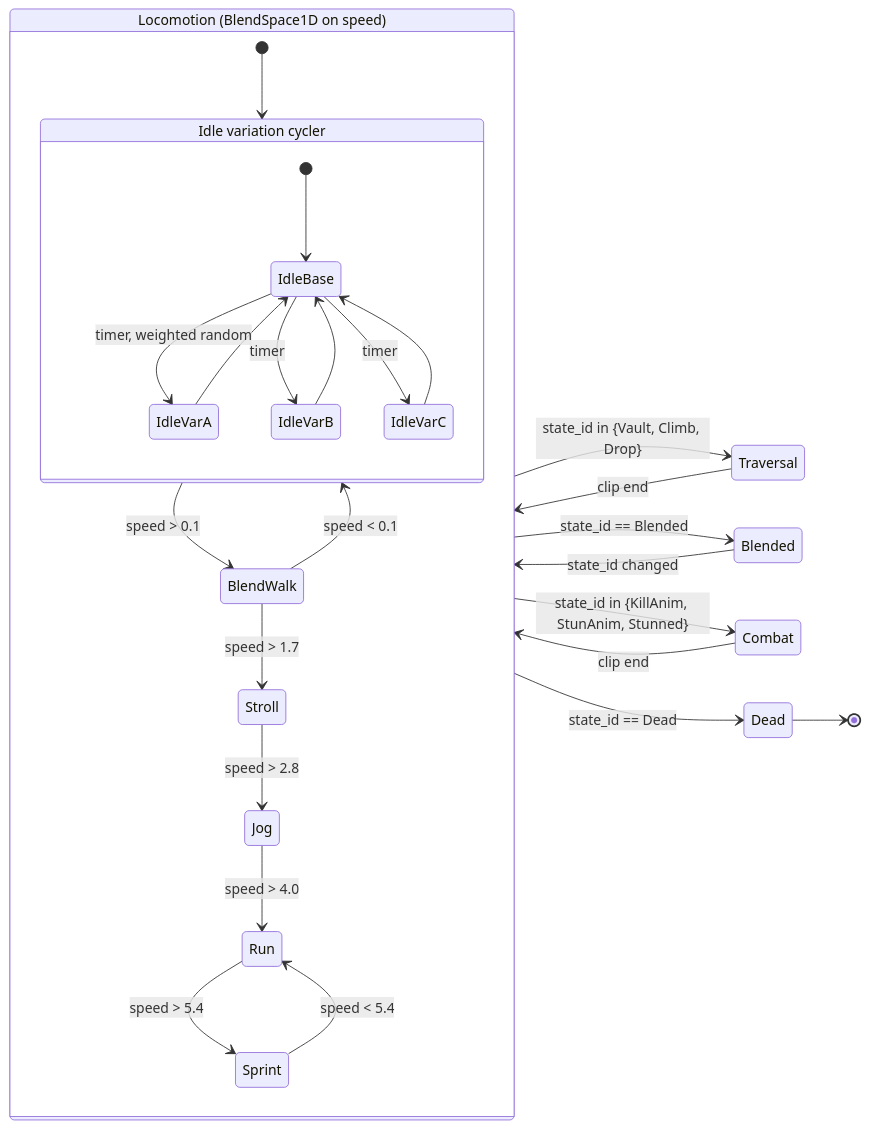
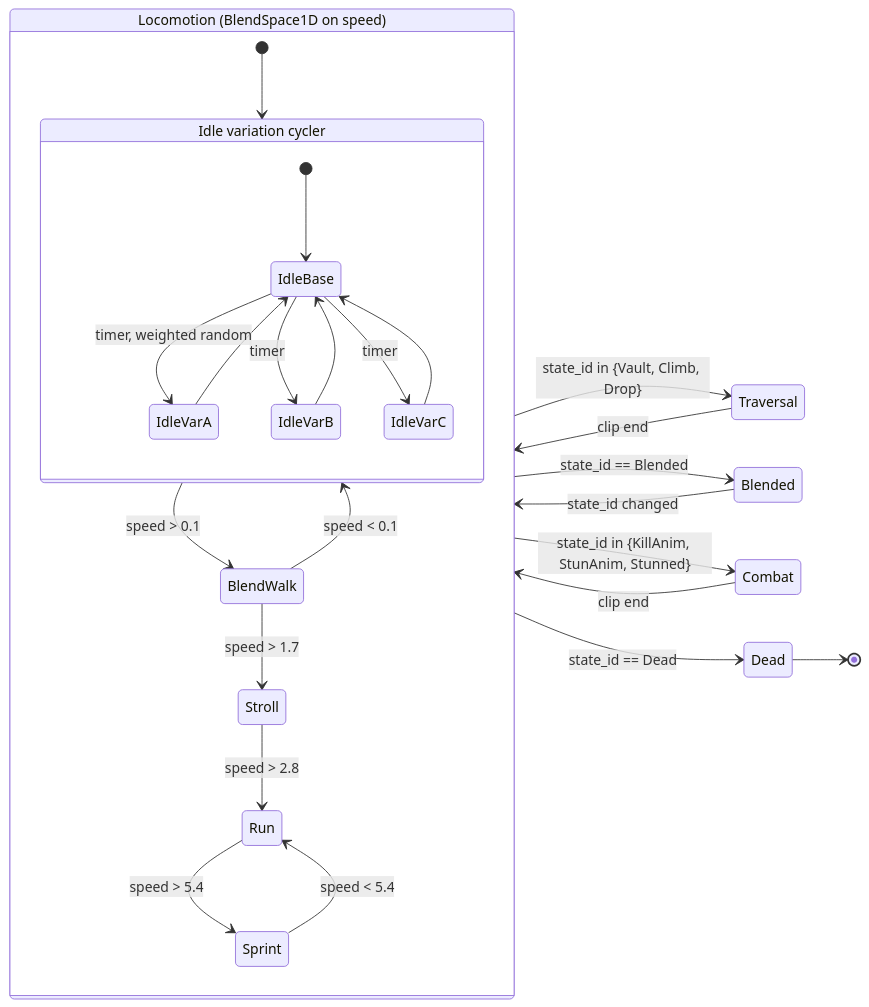
One commit to filipstanicak/project-sottovoce changed the diagram in docs/30_bible/ANIMATION_SPEC.md. Above: the diagram before and after it, drawn with Mermaid. The commit also changed other lines of this file and 65 other files, not shown here.

First line of the commit message:
feat(pawn): the ladder loses its Jog rung, and Shift resolves into Run or Sprint (#52)

````diff
--- a/docs/30_bible/ANIMATION_SPEC.md
+++ b/docs/30_bible/ANIMATION_SPEC.md
@@ -224,32 +223,31 @@
 ```mermaid
 stateDiagram-v2
     direction LR
     state "Locomotion (BlendSpace1D on speed)" as Loco {
         [*] --> IdleSet
         IdleSet --> BlendWalk: speed > 0.1
         BlendWalk --> Stroll: speed > 1.7
-        Stroll --> Jog: speed > 2.8
-        Jog --> Run: speed > 4.0
+        Stroll --> Run: speed > 2.8
         Run --> Sprint: speed > 5.4
         Sprint --> Run: speed < 5.4
         BlendWalk --> IdleSet: speed < 0.1
     }
     state "Idle variation cycler" as IdleSet {
         [*] --> IdleBase
         IdleBase --> IdleVarA: timer, weighted random
         IdleBase --> IdleVarB: timer
         IdleBase --> IdleVarC: timer
         IdleVarA --> IdleBase
         IdleVarB --> IdleBase
         IdleVarC --> IdleBase
     }
 
     Loco --> Traversal: state_id in {Vault, Climb, Drop}
     Traversal --> Loco: clip end
     Loco --> Blended: state_id == Blended
     Blended --> Loco: state_id changed
     Loco --> Combat: state_id in {KillAnim, StunAnim, Stunned}
     Combat --> Loco: clip end
     Loco --> Dead: state_id == Dead
     Dead --> [*]
 ```
````
